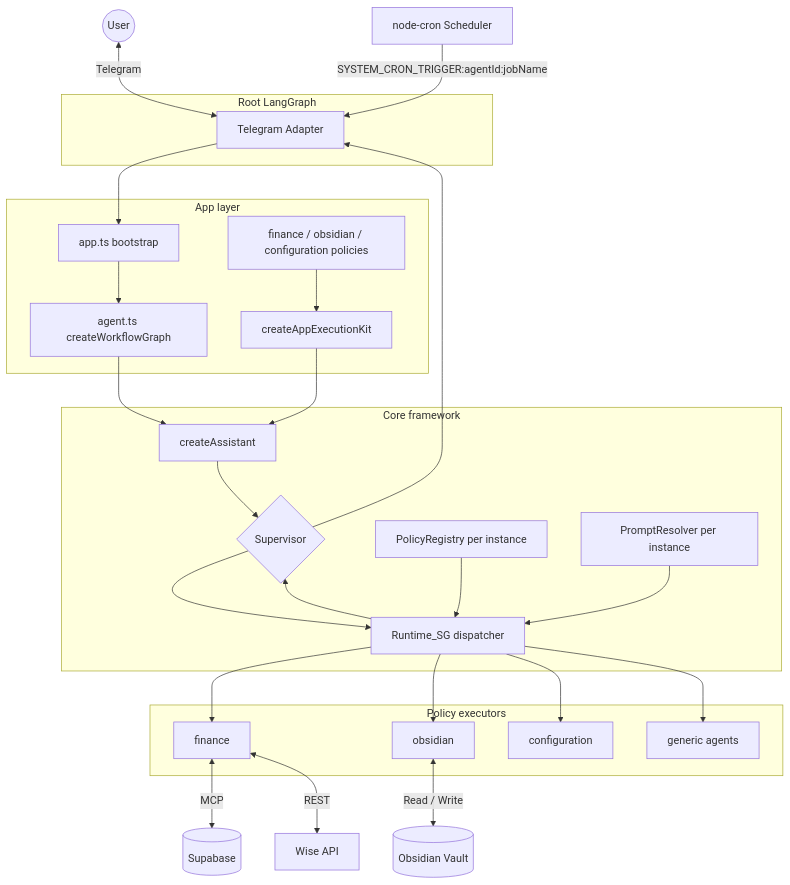
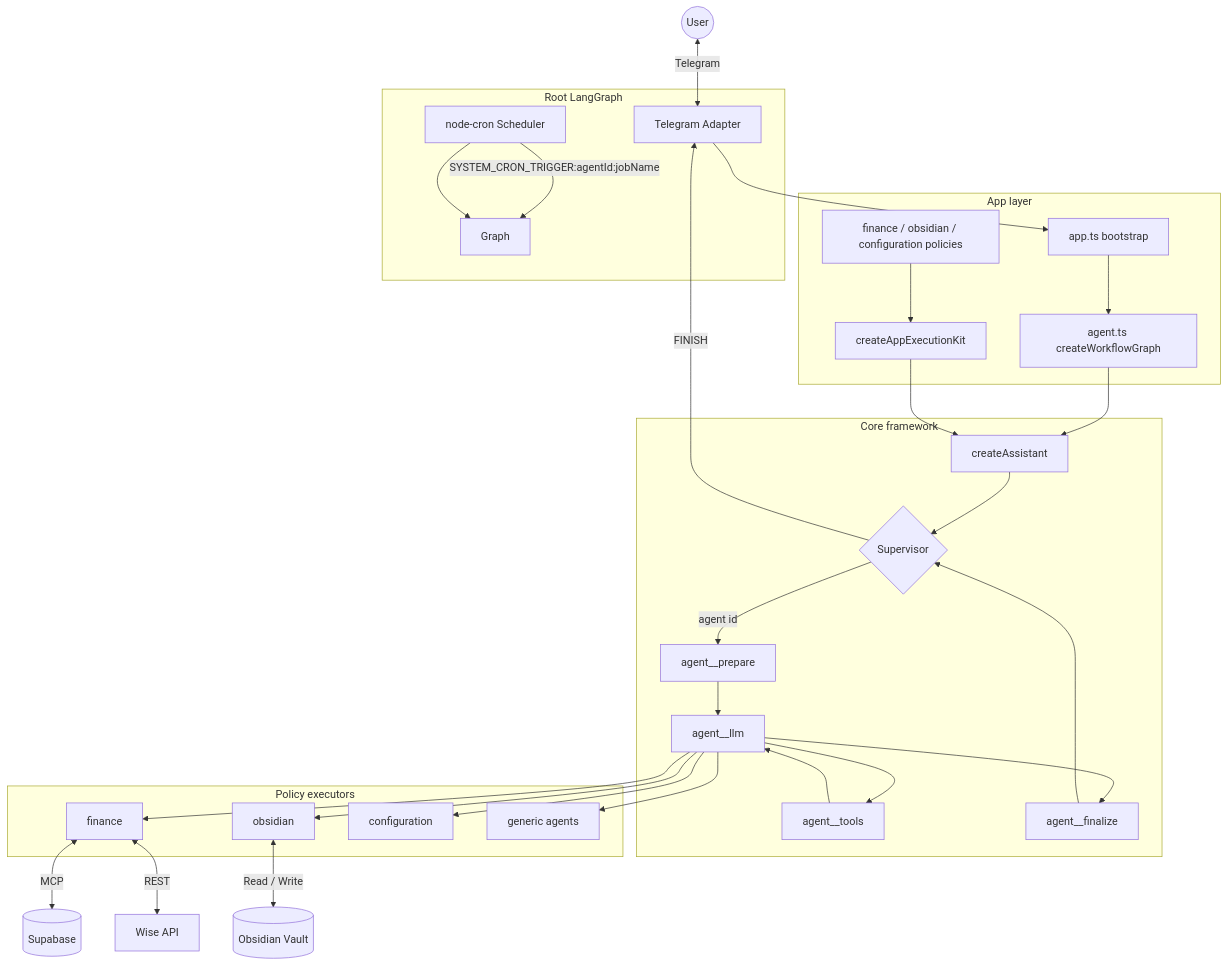
The diagram in README.md (slnnzmtl/langgraph-personal-assistant), drawn with Mermaid before and after one commit. The commit also changed other lines of this file and 43 other files, not shown here.

Commit message:
refactor: overhaul runtime agent architecture by introducing capability-based agent definitions, enhancing execution flow with a flat runtime-agent loop, and updating documentation for improved clarity and usability

````diff
--- a/README.md
+++ b/README.md
@@ -9,44 +9,48 @@
 ```mermaid
 graph TD
     User((User)) <-->|Telegram| Adapter[Telegram Adapter]
-    Cron[node-cron Scheduler] -->|SYSTEM_CRON_TRIGGER:agentId:jobName| Adapter
+    Cron[node-cron Scheduler] -->|SYSTEM_CRON_TRIGGER:agentId:jobName| Graph
 
     subgraph AppLayer [App layer]
         AppTS[app.ts bootstrap]
         AgentTS[agent.ts createWorkflowGraph]
         AppKit[createAppExecutionKit]
         AppPolicies[finance / obsidian / configuration policies]
     end
 
     subgraph CoreFramework [Core framework]
         CreateAssistant[createAssistant]
         Supervisor{Supervisor}
-        Dispatcher[Runtime_SG dispatcher]
-        PolicyRegistry[PolicyRegistry per instance]
-        PromptResolver[PromptResolver per instance]
+        Prepare["agent__prepare"]
+        Llm["agent__llm"]
+        Tools["agent__tools"]
+        Finalize["agent__finalize"]
     end
 
     subgraph RootGraph [Root LangGraph]
         Adapter --> AppTS --> AgentTS --> CreateAssistant
         CreateAssistant --> Supervisor
-        Supervisor --> Dispatcher
-        Dispatcher --> Supervisor
-        Supervisor --> Adapter
+        Supervisor -->|agent id| Prepare
+        Prepare --> Llm
+        Llm --> Tools
+        Tools --> Llm
+        Llm --> Finalize
+        Finalize --> Supervisor
+        Supervisor -->|FINISH| Adapter
+        Cron --> Graph
     end
 
     AppKit --> CreateAssistant
     AppPolicies --> AppKit
-    PolicyRegistry --> Dispatcher
-    PromptResolver --> Dispatcher
 
     subgraph RuntimePolicies [Policy executors]
-        Dispatcher --> FinancePolicy[finance]
-        Dispatcher --> ObsidianPolicy[obsidian]
-        Dispatcher --> ConfigurationPolicy[configuration]
-        Dispatcher --> GenericPolicy[generic agents]
+        Llm --> FinancePolicy[finance]
+        Llm --> ObsidianPolicy[obsidian]
+        Llm --> ConfigurationPolicy[configuration]
+        Llm --> GenericPolicy[generic agents]
     end
 
     FinancePolicy <-->|MCP| Supabase[(Supabase)]
     FinancePolicy <-->|REST| Wise[Wise API]
     ObsidianPolicy <-->|Read / Write| Vault[(Obsidian Vault)]
 ```
````
